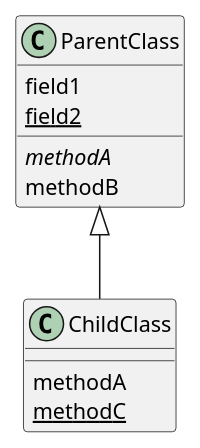
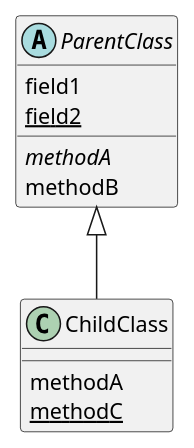
Before and after one commit to harrifeng/svg-in-action: the diagram in plant/002-demo.plantuml, drawn with PlantUML.

Commit message:
abstract class

```diff
--- a/plant/002-demo.plantuml
+++ b/plant/002-demo.plantuml
@@ -1,14 +1,14 @@
 ParentClass <|-- ChildClass
 
-class ParentClass {
+abstract class ParentClass {
     {field} field1
     {static} field2
     {method} {abstract} methodA
     {method} methodB
 }
 
 
 class ChildClass {
     {method} methodA
     {method} {static} methodC
 }
```
